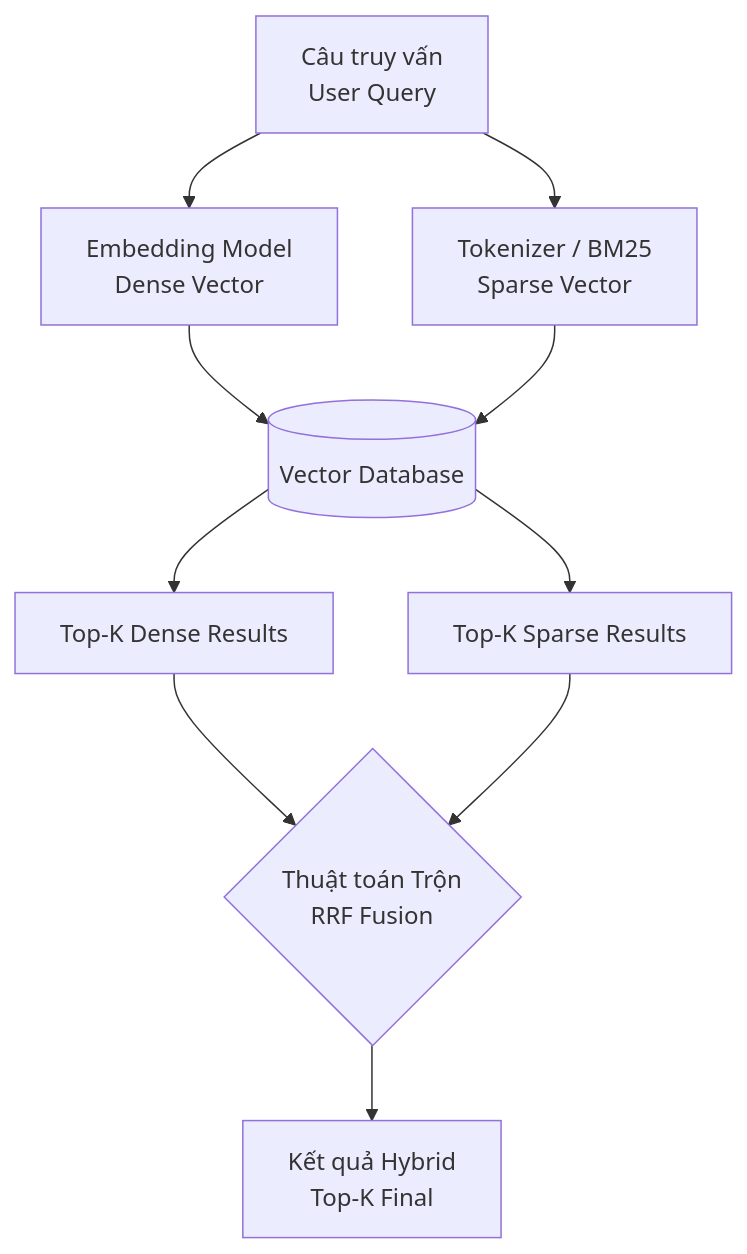
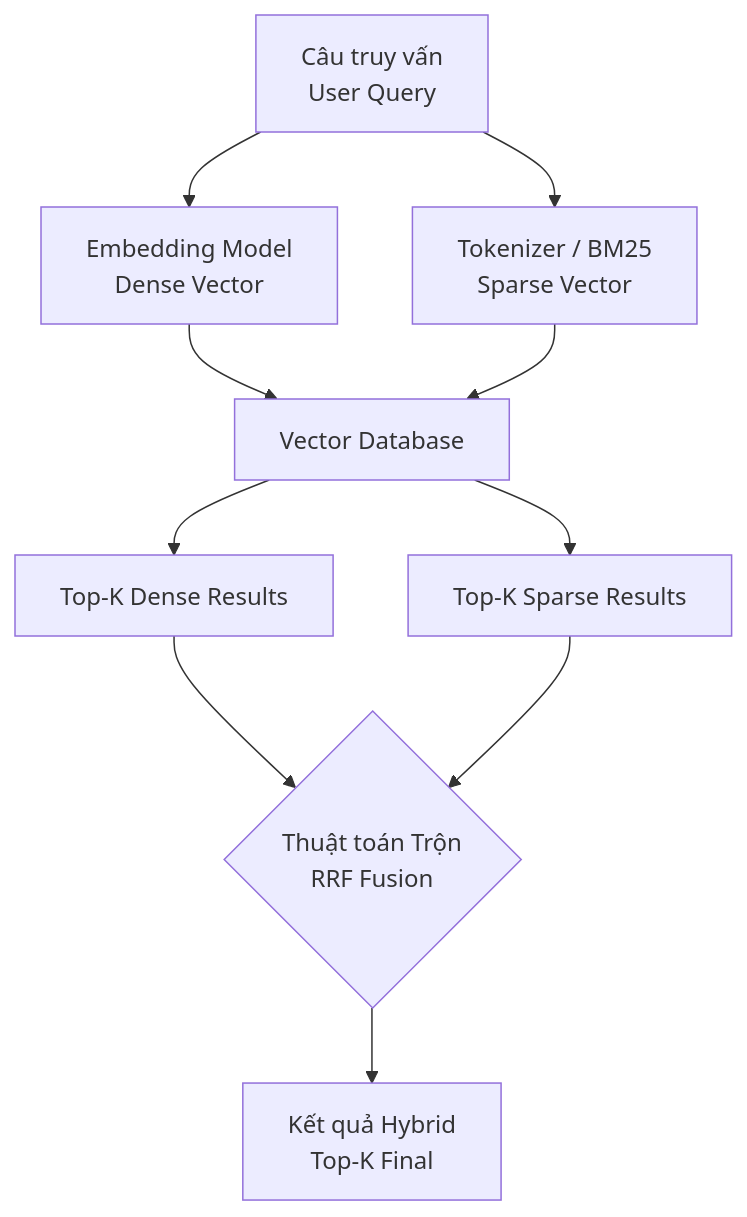
One commit to kythuatdulieu/kythuatdulieu.github.io changed the diagram in src/content/docs/concepts/genai-ml/hybrid-search.md. Above: the diagram before and after it, drawn with Mermaid. The commit also changed other lines of this file and 175 other files, not shown here.

Commit message:
docs: content audit, correct Mermaid diagrams, fix external links, and auto-inject popovers

````diff
--- a/src/content/docs/concepts/genai-ml/hybrid-search.md
+++ b/src/content/docs/concepts/genai-ml/hybrid-search.md
@@ -52,14 +52,16 @@
 ```mermaid
 flowchart TD
-    A[Câu truy vấn<br/>User Query] --> B[Embedding Model<br/>Dense Vector]
-    A --> C[Tokenizer / BM25<br/>Sparse Vector]
+    A["Câu truy vấn<br/>User Query"] --> B["Embedding Model<br/>Dense Vector"]
+    A --> C["Tokenizer / BM25<br/>Sparse Vector"]
     
-    B --> D[(Vector Database)]
+    B --> D["Vector Database"]
     C --> D
     
-    D --> E[Top-K Dense Results]
-    D --> F[Top-K Sparse Results]
+    D --> E["Top-K Dense Results"]
+    D --> F["Top-K Sparse Results"]
     
-    E & F --> G{Thuật toán Trộn<br/>RRF Fusion}
-    G --> H[Kết quả Hybrid<br/>Top-K Final]
+    E & F --> G{"Thuật toán Trộn<br/>RRF Fusion"}
+    G --> H["Kết quả Hybrid<br/>Top-K Final"]
+
+
 ```
````
